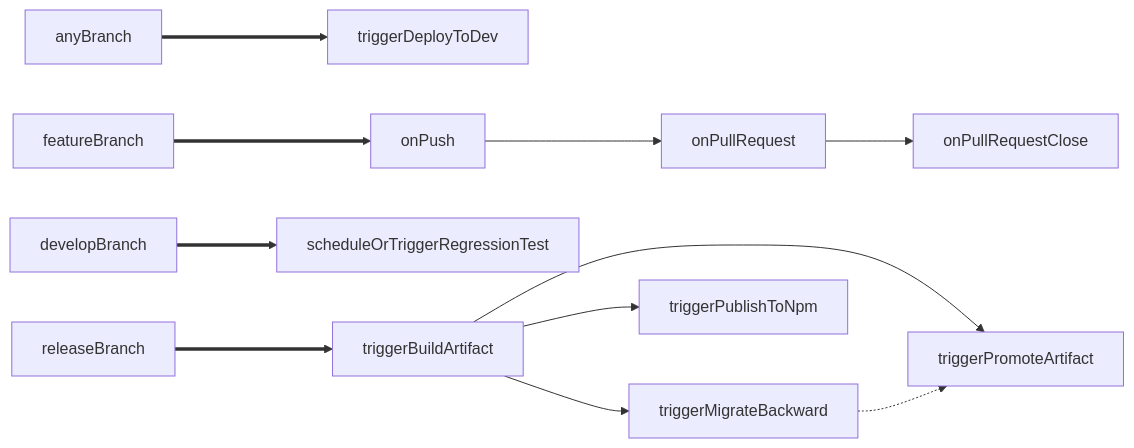
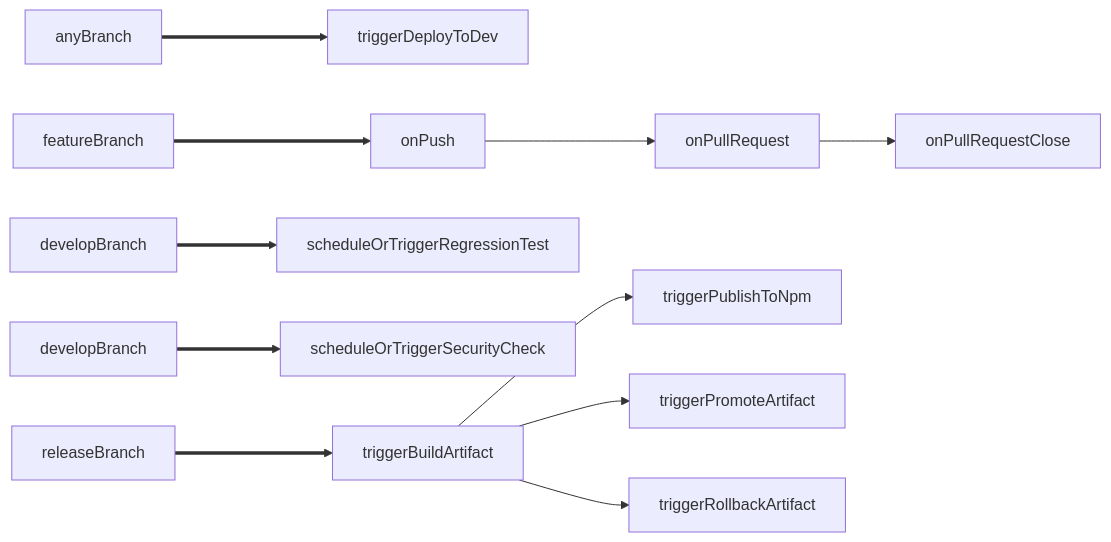
Before and after one commit to gnowth/gnowth: the first of 11 diagrams in docs/pipeline.md, drawn with Mermaid. The commit also changed other lines of this file and 8 other files, not shown here.

````diff
--- a/docs/pipeline.md
+++ b/docs/pipeline.md
@@ -3,12 +23,12 @@
 ```mermaid
   graph LR
     anyBranch ===> triggerDeployToDev
 
     featureBranch ===> onPush --> onPullRequest --> onPullRequestClose
 
     developBranch ===> scheduleOrTriggerRegressionTest
 
-    releaseBranch ===> triggerBuildArtifact --> triggerMigrateBackward & triggerPromoteArtifact & triggerPublishToNpm
+    developBranch1[developBranch] ===> scheduleOrTriggerSecurityCheck
 
-    triggerMigrateBackward -.-> triggerPromoteArtifact
+    releaseBranch ===> triggerBuildArtifact --> triggerPublishToNpm & triggerPromoteArtifact & triggerRollbackArtifact
 ```
````
